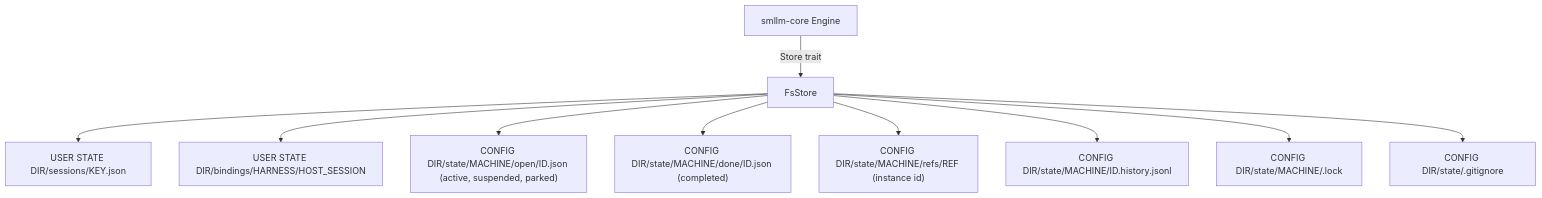
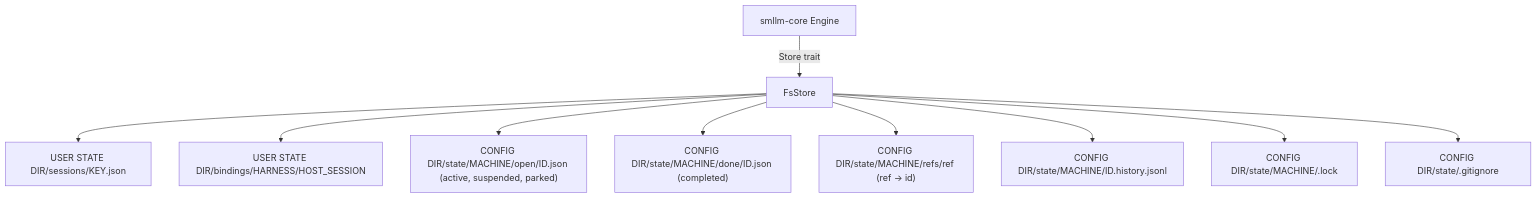
Before and after one commit to six5536/sllm: the diagram in .zen/specs/DESIGN-STO-storage.md, drawn with Mermaid. The commit also changed other lines of this file and 3 other files, not shown here.

````diff
--- a/.zen/specs/DESIGN-STO-storage.md
+++ b/.zen/specs/DESIGN-STO-storage.md
@@ -15,12 +15,12 @@
 ```mermaid
 flowchart TB
     Engine[smllm-core Engine] -->|Store trait| FsStore
     FsStore --> Sessions["USER STATE DIR/sessions/KEY.json"]
     FsStore --> Bindings["USER STATE DIR/bindings/HARNESS/HOST_SESSION"]
     FsStore --> Open["CONFIG DIR/state/MACHINE/open/ID.json (active, suspended, parked)"]
     FsStore --> Done["CONFIG DIR/state/MACHINE/done/ID.json (completed)"]
-    FsStore --> Refs["CONFIG DIR/state/MACHINE/refs/REF (instance id)"]
+    FsStore --> Refs["CONFIG DIR/state/MACHINE/refs/ref (ref → id)"]
     FsStore --> Hist["CONFIG DIR/state/MACHINE/ID.history.jsonl"]
     FsStore --> Lock["CONFIG DIR/state/MACHINE/.lock"]
     FsStore --> Ignore["CONFIG DIR/state/.gitignore"]
 ```
````
